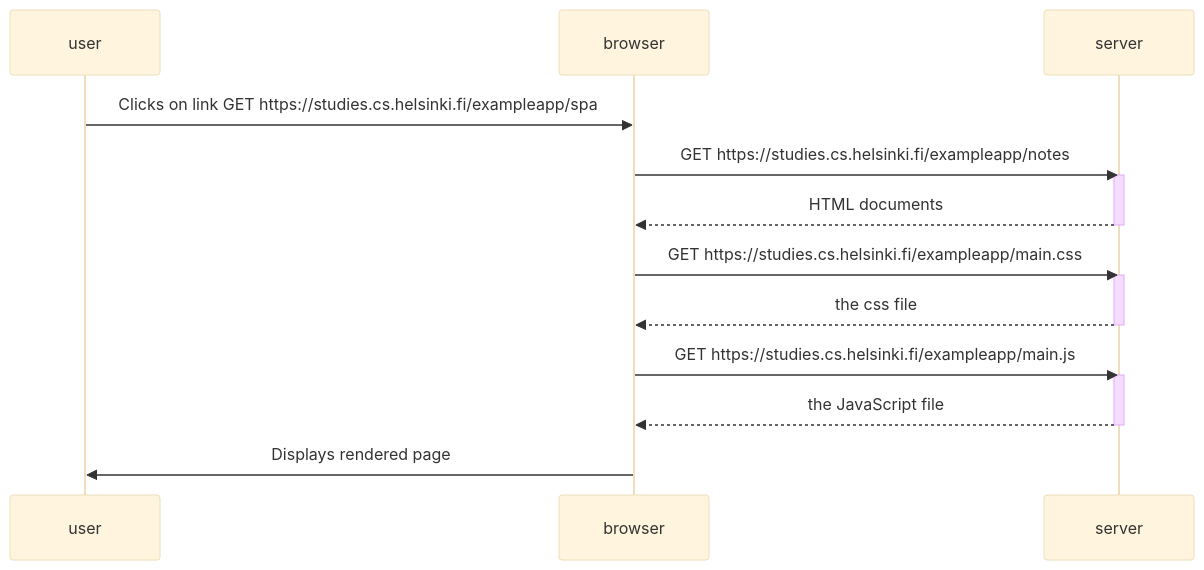
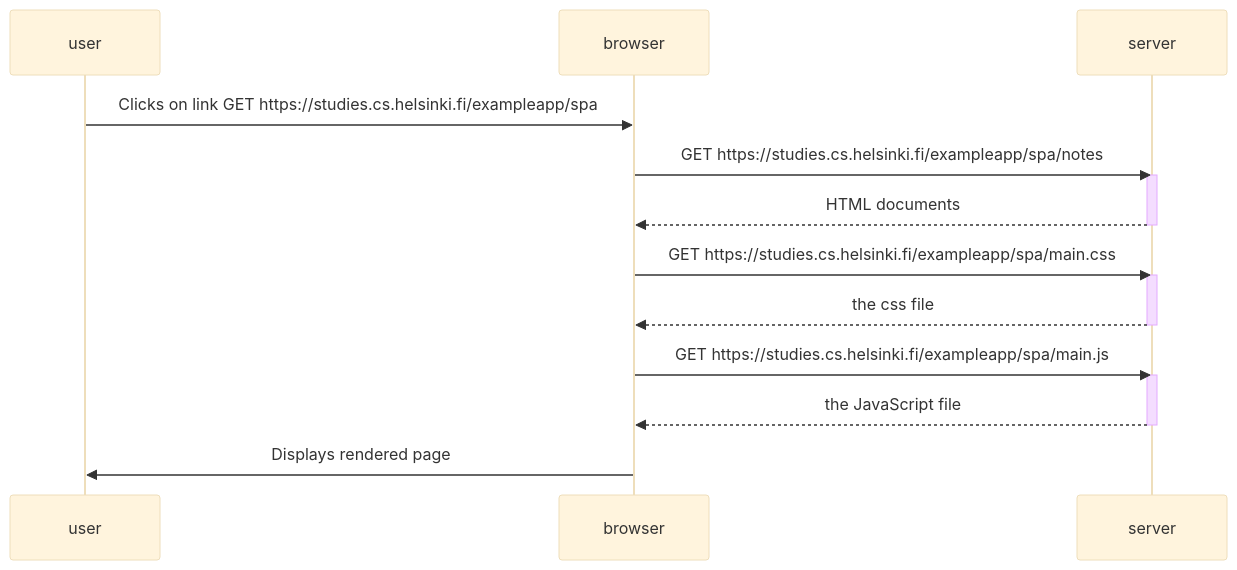
One commit to Kskx2203/fullStackOpen changed the diagram in part0 (0.4-0.6)/0.5.md. Above: the diagram before and after it, drawn with Mermaid (base theme).

````diff
--- a/part0 (0.4-0.6)/0.5.md
+++ b/part0 (0.4-0.6)/0.5.md
@@ -1,27 +1,27 @@
 ```mermaid
 sequenceDiagram
     participant user
     participant browser
     participant server
 
     %% User clicks on the link
     user->>browser: Clicks on link GET https://studies.cs.helsinki.fi/exampleapp/spa
 
     %% Browser renders page
-    browser->>server: GET https://studies.cs.helsinki.fi/exampleapp/notes
+    browser->>server: GET https://studies.cs.helsinki.fi/exampleapp/spa/notes
     activate server
     server-->>browser: HTML documents
     deactivate server
 
-    browser->>server: GET https://studies.cs.helsinki.fi/exampleapp/main.css
+    browser->>server: GET https://studies.cs.helsinki.fi/exampleapp/spa/main.css
     activate server
     server-->>browser: the css file
     deactivate server
 
-    browser->>server: GET https://studies.cs.helsinki.fi/exampleapp/main.js
+    browser->>server: GET https://studies.cs.helsinki.fi/exampleapp/spa/main.js
     activate server
     server-->>browser: the JavaScript file
     deactivate server
 
     browser->>user: Displays rendered page
 ```
````
